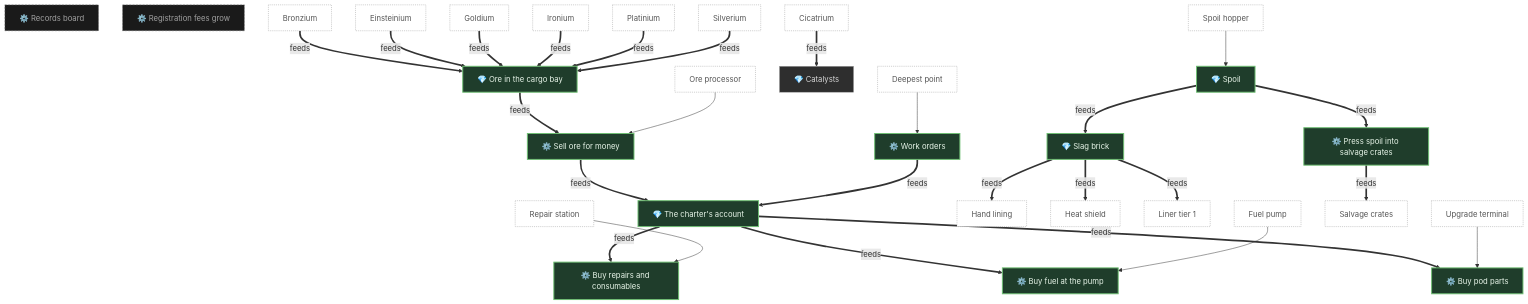
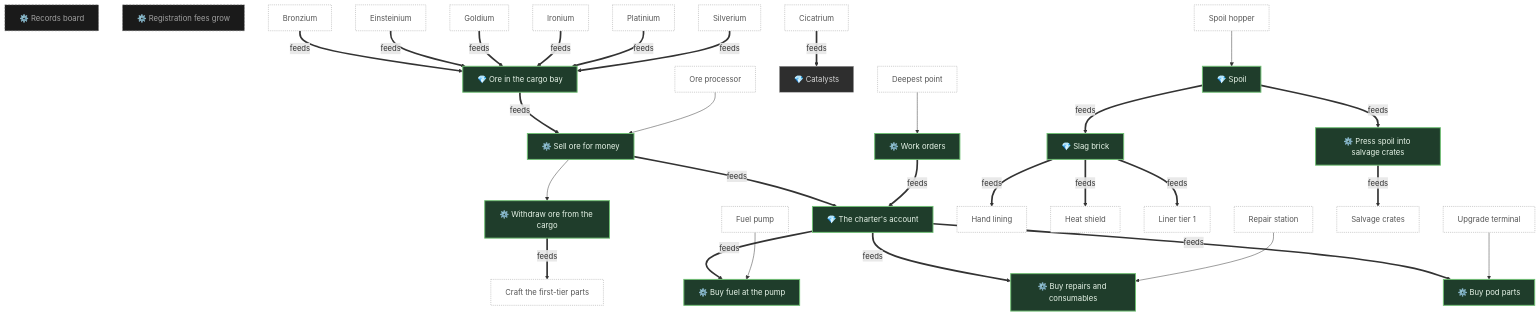
One commit to pkeppeler/deepcharter changed diagram 29 of 30 in docs/FEATURE-MAP.md. Above: the diagram before and after it, drawn with Mermaid. The commit also changed other lines of this file and 21 other files, not shown here.

First line of the commit message:
Hazard units take ore withdrawn from the pod's cargo at the processor (#536)

````diff
--- a/docs/FEATURE-MAP.md
+++ b/docs/FEATURE-MAP.md
@@ -1592,67 +1594,71 @@
 ```mermaid
 flowchart TB
   n_ore_in_bay["💎 Ore in the cargo bay"]
   n_sell_ore["⚙️ Sell ore for money"]
   n_spoil["💎 Spoil"]
   n_work_orders["⚙️ Work orders"]
   n_charter_account["💎 The charter's account"]
   n_crate_press["⚙️ Press spoil into salvage crates"]
   n_slag_brick["💎 Slag brick"]
+  n_withdraw_ore["⚙️ Withdraw ore from the cargo"]
   n_buy_consumables["⚙️ Buy repairs and consumables"]
   n_buy_fuel["⚙️ Buy fuel at the pump"]
   n_buy_parts["⚙️ Buy pod parts"]
   n_catalysts["💎 Catalysts"]
   n_records_board["⚙️ Records board"]
   n_registration_fees["⚙️ Registration fees grow"]
   n_bronzium["Bronzium"]
   n_cicatrium["Cicatrium"]
   n_deepest_point["Deepest point"]
   n_einsteinium["Einsteinium"]
   n_fuel_pump["Fuel pump"]
   n_goldium["Goldium"]
   n_hand_lining["Hand lining"]
   n_heat_shield["Heat shield"]
   n_ironium["Ironium"]
   n_liner_t1["Liner tier 1"]
   n_ore_processor["Ore processor"]
+  n_parts_from_crafting["Craft the first-tier parts"]
   n_platinium["Platinium"]
   n_repair_station["Repair station"]
   n_salvage_crate["Salvage crates"]
   n_silverium["Silverium"]
   n_spoil_hopper["Spoil hopper"]
   n_upgrade_terminal["Upgrade terminal"]
   n_bronzium == feeds ==> n_ore_in_bay
   n_charter_account == feeds ==> n_buy_consumables
   n_charter_account == feeds ==> n_buy_fuel
   n_charter_account == feeds ==> n_buy_parts
   n_cicatrium == feeds ==> n_catalysts
   n_crate_press == feeds ==> n_salvage_crate
   n_deepest_point --> n_work_orders
   n_einsteinium == feeds ==> n_ore_in_bay
   n_fuel_pump --> n_buy_fuel
   n_goldium == feeds ==> n_ore_in_bay
   n_ironium == feeds ==> n_ore_in_bay
   n_ore_in_bay == feeds ==> n_sell_ore
   n_ore_processor --> n_sell_ore
   n_platinium == feeds ==> n_ore_in_bay
   n_repair_station --> n_buy_consumables
   n_sell_ore == feeds ==> n_charter_account
+  n_sell_ore --> n_withdraw_ore
   n_silverium == feeds ==> n_ore_in_bay
   n_slag_brick == feeds ==> n_hand_lining
   n_slag_brick == feeds ==> n_heat_shield
   n_slag_brick == feeds ==> n_liner_t1
   n_spoil == feeds ==> n_crate_press
   n_spoil == feeds ==> n_slag_brick
   n_spoil_hopper --> n_spoil
   n_upgrade_terminal --> n_buy_parts
+  n_withdraw_ore == feeds ==> n_parts_from_crafting
   n_work_orders == feeds ==> n_charter_account
   classDef built fill:#1f3d2b,stroke:#6fbf73,stroke-width:2px,color:#e8f5e9
   classDef progress fill:#4a3a10,stroke:#f0b429,stroke-width:2px,color:#fff3d6
   classDef planned fill:#2e2e2e,stroke:#9e9e9e,stroke-width:1px,color:#d6d6d6
   classDef idea fill:#1a1a1a,stroke:#757575,stroke-width:1px,stroke-dasharray:4 3,color:#a0a0a0
   classDef ext fill:#ffffff,stroke:#999999,stroke-width:1px,stroke-dasharray:2 2,color:#555555
-  class n_ore_in_bay,n_sell_ore,n_spoil,n_work_orders,n_charter_account,n_crate_press,n_slag_brick,n_buy_consumables,n_buy_fuel,n_buy_parts built
+  class n_ore_in_bay,n_sell_ore,n_spoil,n_work_orders,n_charter_account,n_crate_press,n_slag_brick,n_withdraw_ore,n_buy_consumables,n_buy_fuel,n_buy_parts built
   class n_catalysts planned
   class n_records_board,n_registration_fees idea
-  class n_bronzium,n_cicatrium,n_deepest_point,n_einsteinium,n_fuel_pump,n_goldium,n_hand_lining,n_heat_shield,n_ironium,n_liner_t1,n_ore_processor,n_platinium,n_repair_station,n_salvage_crate,n_silverium,n_spoil_hopper,n_upgrade_terminal ext
+  class n_bronzium,n_cicatrium,n_deepest_point,n_einsteinium,n_fuel_pump,n_goldium,n_hand_lining,n_heat_shield,n_ironium,n_liner_t1,n_ore_processor,n_parts_from_crafting,n_platinium,n_repair_station,n_salvage_crate,n_silverium,n_spoil_hopper,n_upgrade_terminal ext
 ```
````
